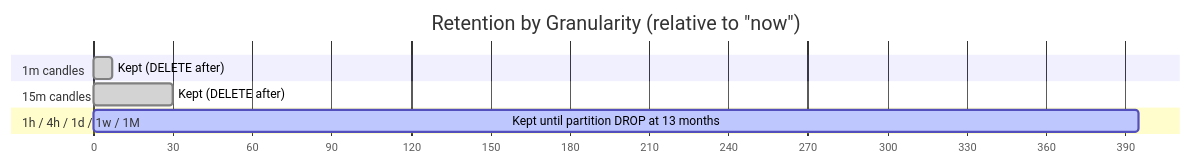
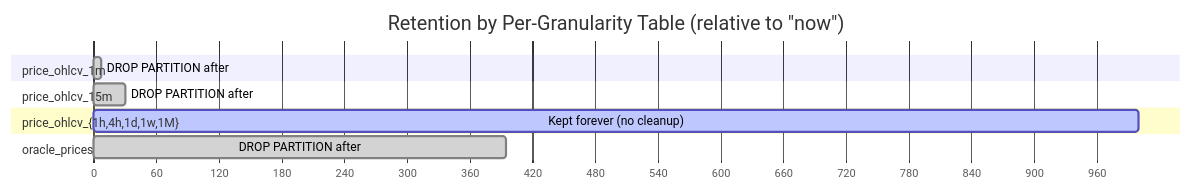
One commit to rumblefishdev/stellar-prices-api changed the fifth of 13 diagrams in docs/database-schema/database-schema-overview.md. Above: the diagram before and after it, drawn with Mermaid. The commit also changed other lines of this file and 2 other files, not shown here.

First line of the commit message:
docs(lore-0049): rewrite database-schema/ for ADR 0007 (Hetzner CH)

````diff
--- a/docs/database-schema/database-schema-overview.md
+++ b/docs/database-schema/database-schema-overview.md
@@ -646,15 +775,18 @@
 ```mermaid
 gantt
-    title Retention by Granularity (relative to "now")
+    title Retention by Per-Granularity Table (relative to "now")
     dateFormat  X
     axisFormat  %s
 
-    section 1m candles
-    Kept (DELETE after) :done, m1, 0, 7
+    section price_ohlcv_1m
+    DROP PARTITION after :done, m1, 0, 7
 
-    section 15m candles
-    Kept (DELETE after) :done, m15, 0, 30
+    section price_ohlcv_15m
+    DROP PARTITION after :done, m15, 0, 30
 
-    section 1h / 4h / 1d / 1w / 1M
-    Kept until partition DROP at 13 months :active, c1, 0, 395
+    section price_ohlcv_{1h,4h,1d,1w,1M}
+    Kept forever (no cleanup) :active, c1, 0, 1000
+
+    section oracle_prices
+    DROP PARTITION after :done, op, 0, 395
 ```
````
